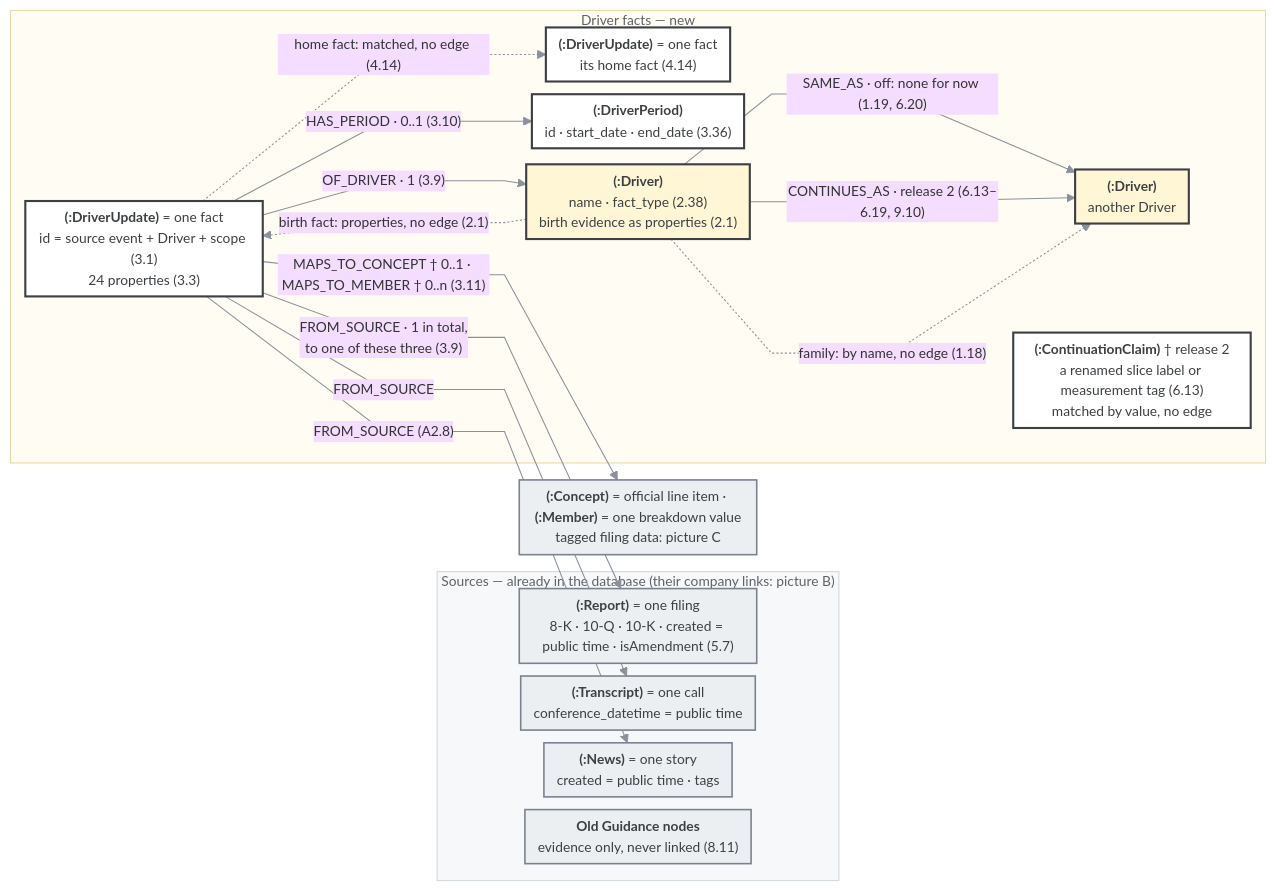
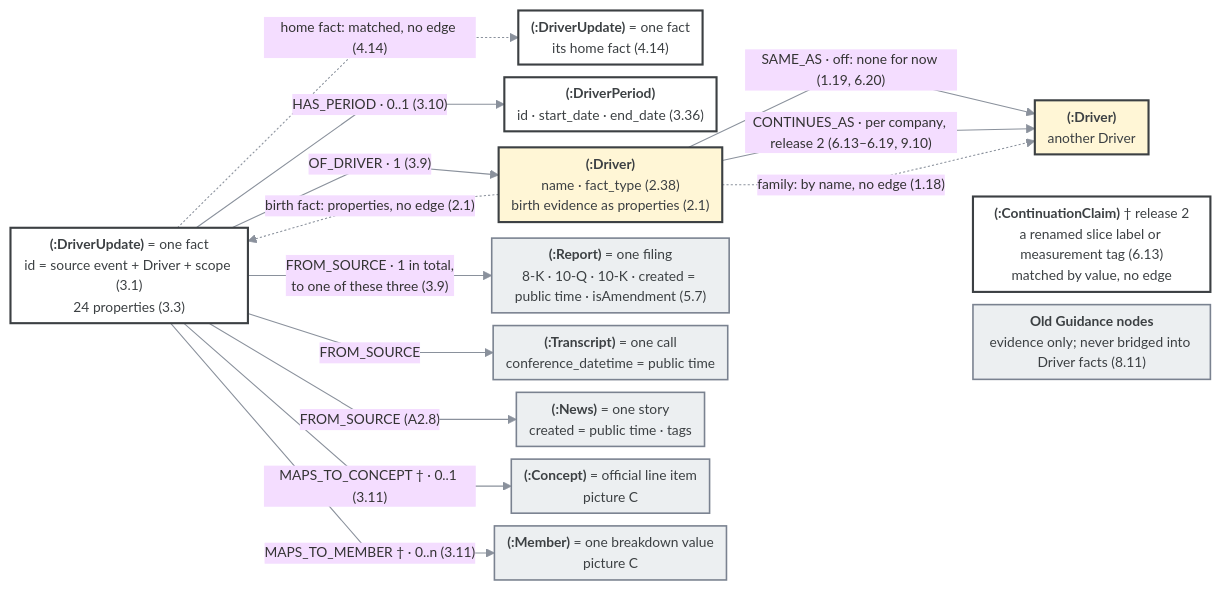
One commit to faisalanjum/EventTrader changed the first of 3 diagrams in .claude/plans/Drivers/DriversFinal/DRIVER_RULES_Categorized.md. Above: the diagram before and after it, drawn with Mermaid. The commit also changed other lines of this file and 2 other files, not shown here.

First line of the commit message:
docs: corrected Neo4j pictures, parking item P7, scratchpad log

````diff
--- a/.claude/plans/Drivers/DriversFinal/DRIVER_RULES_Categorized.md
+++ b/.claude/plans/Drivers/DriversFinal/DRIVER_RULES_Categorized.md
@@ -24,40 +24,38 @@
 ```mermaid
-%%{init: {"theme": "base", "flowchart": {"curve": "linear", "nodeSpacing": 12, "rankSpacing": 28, "padding": 6, "htmlLabels": true}, "themeVariables": {"fontFamily": "Arial", "fontSize": "13px", "lineColor": "#8a919c"}}}%%
+%%{init: {"theme": "base", "flowchart": {"curve": "linear", "nodeSpacing": 12, "rankSpacing": 30, "padding": 6, "htmlLabels": true}, "themeVariables": {"fontFamily": "Arial", "fontSize": "13px", "lineColor": "#8a919c"}}}%%
 flowchart LR
-    subgraph SRC["Sources — already in the database (their company links: picture B)"]
-        RP["<b>(:Report)</b> = one filing<br/>8-K · 10-Q · 10-K · created = public time · isAmendment (5.7)"]
-        TR["<b>(:Transcript)</b> = one call<br/>conference_datetime = public time"]
-        NW["<b>(:News)</b> = one story<br/>created = public time · tags"]
-        OG["<b>Old Guidance nodes</b><br/>evidence only, never linked (8.11)"]
-    end
-    subgraph NEW["Driver facts — new"]
-        DU["<b>(:DriverUpdate)</b> = one fact<br/>id = source event + Driver + scope (3.1)<br/>24 properties (3.3)"]
-        HF["<b>(:DriverUpdate)</b> = one fact<br/>its home fact (4.14)"]
-        DP["<b>(:DriverPeriod)</b><br/>id · start_date · end_date (3.36)"]
-        DR["<b>(:Driver)</b><br/>name · fact_type (2.38)<br/>birth evidence as properties (2.1)"]
-        DR2["<b>(:Driver)</b><br/>another Driver"]
-        CC["<b>(:ContinuationClaim)</b> † release 2<br/>a renamed slice label or measurement tag (6.13)<br/>matched by value, no edge"]
-    end
-    XS["<b>(:Concept)</b> = official line item · <b>(:Member)</b> = one breakdown value<br/>tagged filing data: picture C"]
+    DU["<b>(:DriverUpdate)</b> = one fact<br/>id = source event + Driver + scope (3.1)<br/>24 properties (3.3)"]
+    HF["<b>(:DriverUpdate)</b> = one fact<br/>its home fact (4.14)"]
+    DP["<b>(:DriverPeriod)</b><br/>id · start_date · end_date (3.36)"]
+    DR["<b>(:Driver)</b><br/>name · fact_type (2.38)<br/>birth evidence as properties (2.1)"]
+    DR2["<b>(:Driver)</b><br/>another Driver"]
+    CC["<b>(:ContinuationClaim)</b> † release 2<br/>a renamed slice label or measurement tag (6.13)<br/>matched by value, no edge"]
+    RP["<b>(:Report)</b> = one filing<br/>8-K · 10-Q · 10-K · created = public time · isAmendment (5.7)"]
+    TR["<b>(:Transcript)</b> = one call<br/>conference_datetime = public time"]
+    NW["<b>(:News)</b> = one story<br/>created = public time · tags"]
+    OG["<b>Old Guidance nodes</b><br/>evidence only; never bridged into Driver facts (8.11)"]
+    CN["<b>(:Concept)</b> = official line item<br/>picture C"]
+    MB["<b>(:Member)</b> = one breakdown value<br/>picture C"]
 
     DU -->|"OF_DRIVER · 1 (3.9)"| DR
     DU -->|"FROM_SOURCE · 1 in total,<br/>to one of these three (3.9)"| RP
     DU -->|"FROM_SOURCE"| TR
     DU -->|"FROM_SOURCE (A2.8)"| NW
     DU -->|"HAS_PERIOD · 0..1 (3.10)"| DP
-    DU -->|"MAPS_TO_CONCEPT † 0..1 · MAPS_TO_MEMBER † 0..n (3.11)"| XS
+    DU -->|"MAPS_TO_CONCEPT † · 0..1 (3.11)"| CN
+    DU -->|"MAPS_TO_MEMBER † · 0..n (3.11)"| MB
     DR -->|"SAME_AS · off: none for now (1.19, 6.20)"| DR2
-    DR -->|"CONTINUES_AS · release 2 (6.13–6.19, 9.10)"| DR2
+    DR -->|"CONTINUES_AS · per company, release 2 (6.13–6.19, 9.10)"| DR2
     DR -.->|"family: by name, no edge (1.18)"| DR2
     DR -.->|"birth fact: properties, no edge (2.1)"| DU
     DU -.->|"home fact: matched, no edge (4.14)"| HF
+    DR ~~~ CC
+    DR ~~~ OG
 
     classDef fact fill:#ffffff,stroke:#3c4043,stroke-width:2px,color:#3c4043
     classDef driver fill:#fff6d6,stroke:#3c4043,stroke-width:2px,color:#3c4043
     classDef old fill:#eceff1,stroke:#7a8290,stroke-width:1.5px,color:#3c4043
     class DU,HF,DP,CC fact
     class DR,DR2 driver
-    class RP,TR,NW,OG,XS old
-    style SRC fill:#f6f8fa,stroke:#d0d7de,color:#5f6368
-    style NEW fill:#fffdf3,stroke:#e6d9a8,color:#5f6368
+    class RP,TR,NW,OG,CN,MB old
 ```
````
